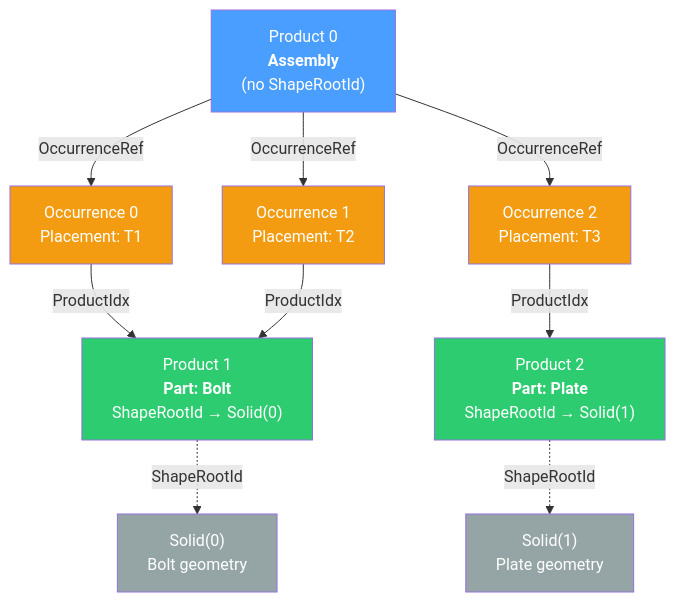
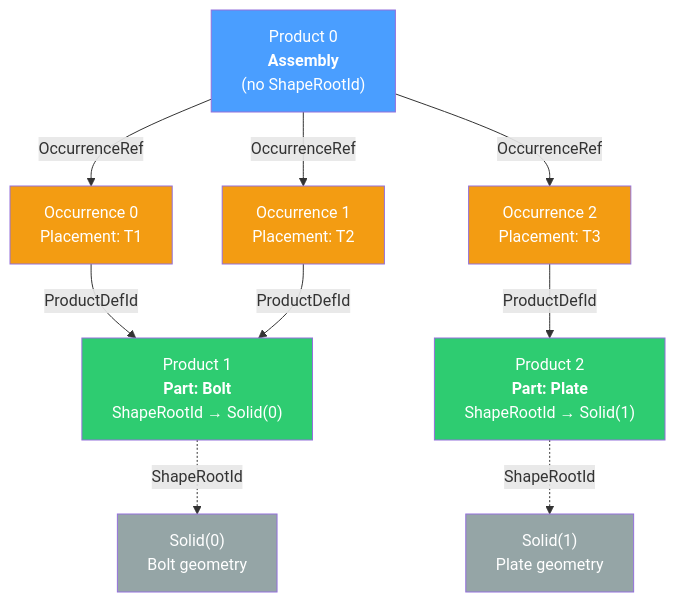
One commit to Open-Cascade-SAS/OCCT changed the first of 9 diagrams in src/ModelingData/TKBRep/BRepGraph/TODO_Assembly_Visualization.md. Above: the diagram before and after it, drawn with Mermaid. The commit also changed other lines of this file and 4 other files, not shown here.

````diff
--- a/src/ModelingData/TKBRep/BRepGraph/TODO_Assembly_Visualization.md
+++ b/src/ModelingData/TKBRep/BRepGraph/TODO_Assembly_Visualization.md
@@ -12,33 +12,33 @@
 ```mermaid
 graph TD
     P0["Product 0<br/><b>Assembly</b><br/>(no ShapeRootId)"]
     O0["Occurrence 0<br/>Placement: T1"]
     O1["Occurrence 1<br/>Placement: T2"]
     O2["Occurrence 2<br/>Placement: T3"]
 
     P1["Product 1<br/><b>Part: Bolt</b><br/>ShapeRootId → Solid(0)"]
     P2["Product 2<br/><b>Part: Plate</b><br/>ShapeRootId → Solid(1)"]
 
     P0 -->|OccurrenceRef| O0
     P0 -->|OccurrenceRef| O1
     P0 -->|OccurrenceRef| O2
 
-    O0 -->|ProductIdx| P1
-    O1 -->|ProductIdx| P1
-    O2 -->|ProductIdx| P2
+    O0 -->|ProductDefId| P1
+    O1 -->|ProductDefId| P1
+    O2 -->|ProductDefId| P2
 
     S0["Solid(0)<br/>Bolt geometry"]
     S1["Solid(1)<br/>Plate geometry"]
 
     P1 -.->|ShapeRootId| S0
     P2 -.->|ShapeRootId| S1
 
     style P0 fill:#4a9eff,color:#fff
     style P1 fill:#2ecc71,color:#fff
     style P2 fill:#2ecc71,color:#fff
     style O0 fill:#f39c12,color:#fff
     style O1 fill:#f39c12,color:#fff
     style O2 fill:#f39c12,color:#fff
     style S0 fill:#95a5a6,color:#fff
     style S1 fill:#95a5a6,color:#fff
 ```
````
